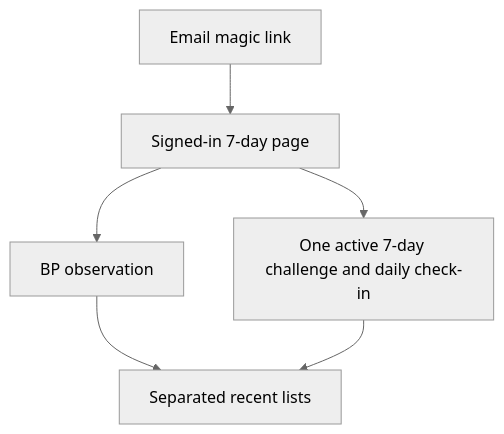
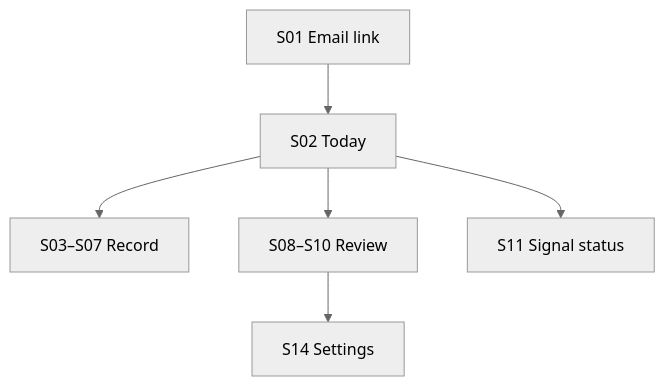
Before and after one commit to AI-HealthCare-05/AH_05_07: the first of 2 diagrams in docs/ux-flow.md, drawn with Mermaid (neutral theme). The commit also changed other lines of this file and 11 other files, not shown here.

Commit message:
feat: build the 14-screen Calm Clay Journey flow (#191)

````diff
--- a/docs/ux-flow.md
+++ b/docs/ux-flow.md
@@ -5,8 +5,8 @@
 ```mermaid
 flowchart TD
-    A["Email magic link"] --> B["Signed-in 7-day page"]
-    B --> C["BP observation"]
-    B --> D["One active 7-day challenge and daily check-in"]
-    C --> E["Separated recent lists"]
-    D --> E
+    A["S01 Email link"] --> B["S02 Today"]
+    B --> C["S03–S07 Record"]
+    B --> D["S08–S10 Review"]
+    B --> E["S11 Signal status"]
+    D --> F["S14 Settings"]
 ```
````
